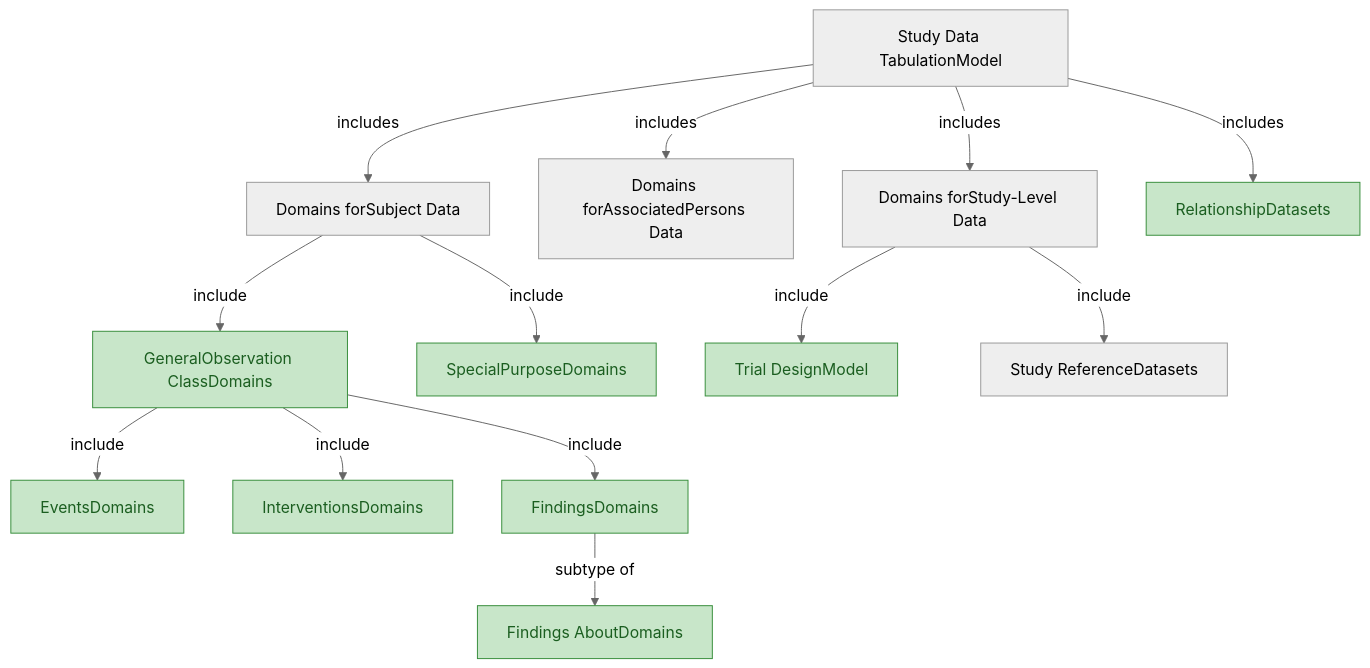
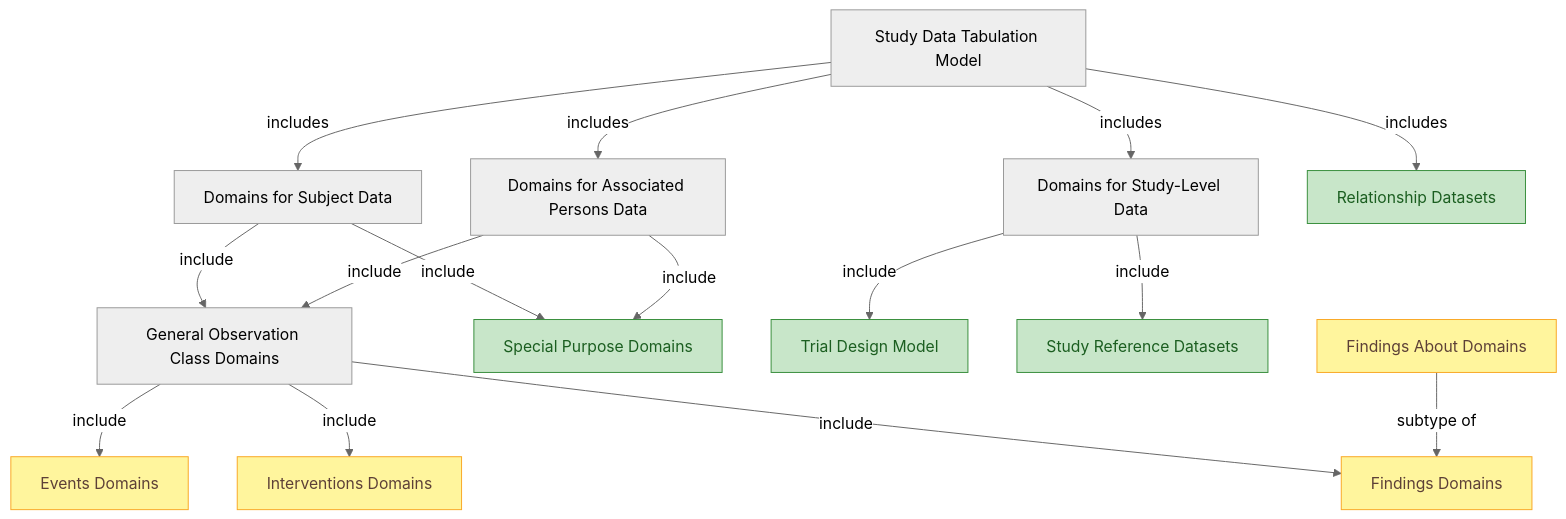
Before and after one commit to hakupao/sdtm-pedia: the diagram in knowledge_base/model/01_concepts_and_terms.md, drawn with Mermaid (neutral theme). The commit also changed other lines of this file and 13 other files, not shown here.

First line of the commit message:
fix(kb): Tier B scan batch S-MOD1 — model/01/03/04 full scan vs SDTM v2.0 (Concept Map Mermaid per PDF figure, PDF numbered headings, labels, contradicting Notes → PDF text, synonymous KB headings removed) (PASS; local)

````diff
--- a/knowledge_base/model/01_concepts_and_terms.md
+++ b/knowledge_base/model/01_concepts_and_terms.md
@@ -124,27 +126,27 @@
 ```mermaid
 graph TD
-    %% Key:
-    %% Plain rounded box = Group of individually specified datasets
-    %% Filled box (:::extensible) = Extensible set of domains based on a common model
+    SDTM["Study Data Tabulation Model"]
 
-    SDTM["Study Data TabulationModel"]
+    SDTM -->|includes| SD["Domains for Subject Data"]
+    SDTM -->|includes| AP["Domains for Associated Persons Data"]
+    SDTM -->|includes| SL["Domains for Study-Level Data"]
+    SDTM -->|includes| RD["Relationship Datasets"]:::individual
 
-    SDTM -->|includes| SD["Domains forSubject Data"]
-    SDTM -->|includes| AP["Domains forAssociatedPersons Data"]
-    SDTM -->|includes| SL["Domains forStudy-Level Data"]
-    SDTM -->|includes| RD["RelationshipDatasets"]:::extensible
+    SD -->|include| GOC["General Observation Class Domains"]
+    SD -->|include| SPD["Special Purpose Domains"]:::individual
+    AP -->|include| GOC
+    AP -->|include| SPD
 
-    SD -->|include| GOC["GeneralObservation ClassDomains"]:::extensible
-    SD -->|include| SPD["SpecialPurposeDomains"]:::extensible
+    SL -->|include| TDM["Trial Design Model"]:::individual
+    SL -->|include| SRS["Study Reference Datasets"]:::individual
 
-    GOC -->|include| EV["EventsDomains"]:::extensible
-    GOC -->|include| IV["InterventionsDomains"]:::extensible
-    GOC -->|include| FI["FindingsDomains"]:::extensible
+    GOC -->|include| EV["Events Domains"]:::extensible
+    GOC -->|include| IV["Interventions Domains"]:::extensible
+    GOC -->|include| FI["Findings Domains"]:::extensible
 
-    FI -->|subtype of| FA["Findings AboutDomains"]:::extensible
+    FA["Findings About Domains"]:::extensible
+    FA -->|subtype of| FI
 
-    SL -->|include| TDM["Trial DesignModel"]:::extensible
-    SL -->|include| SRS["Study ReferenceDatasets"]
-
-    classDef extensible fill:#c8e6c9,stroke:#388e3c,color:#1b5e20
+    classDef individual fill:#c8e6c9,stroke:#388e3c,color:#1b5e20
+    classDef extensible fill:#fff59d,stroke:#f9a825,color:#5d4037
 ```
````
